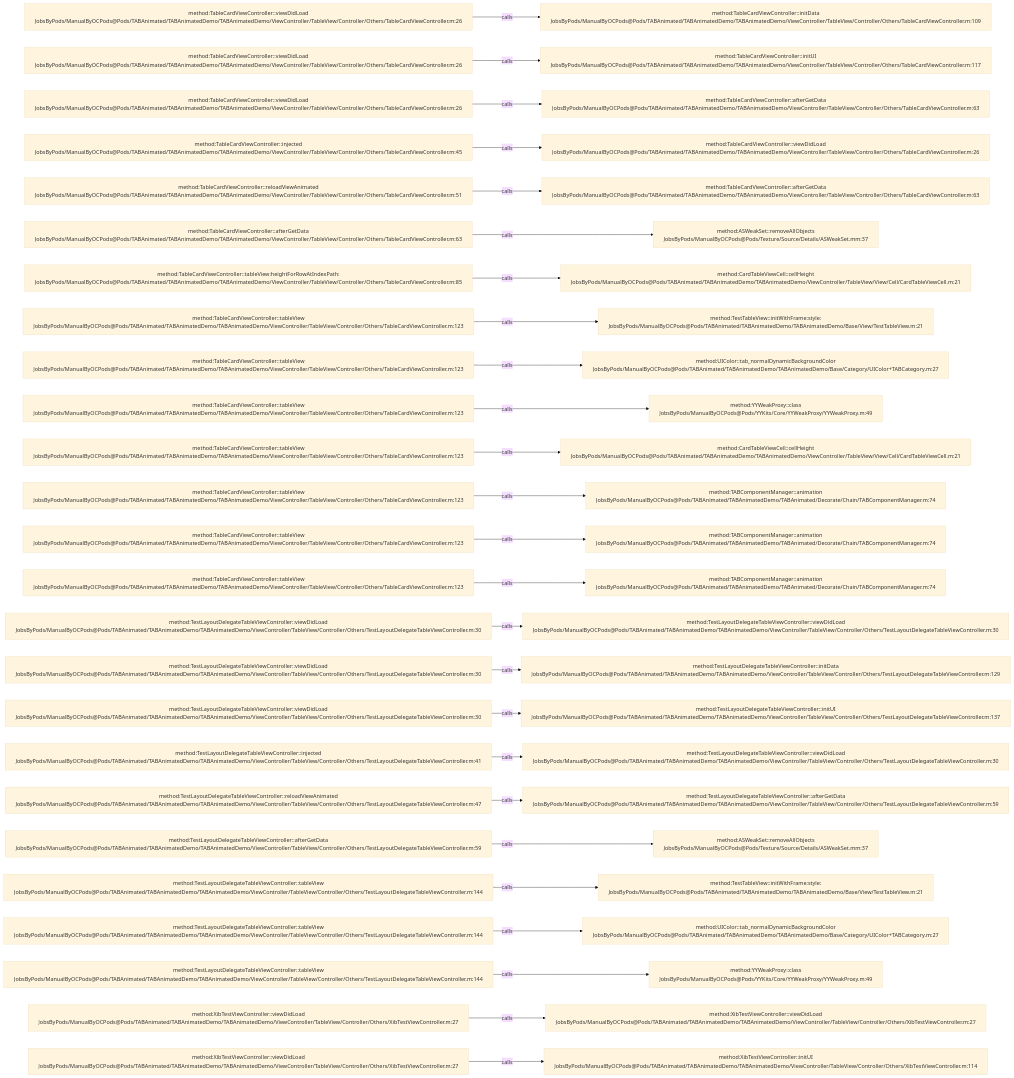
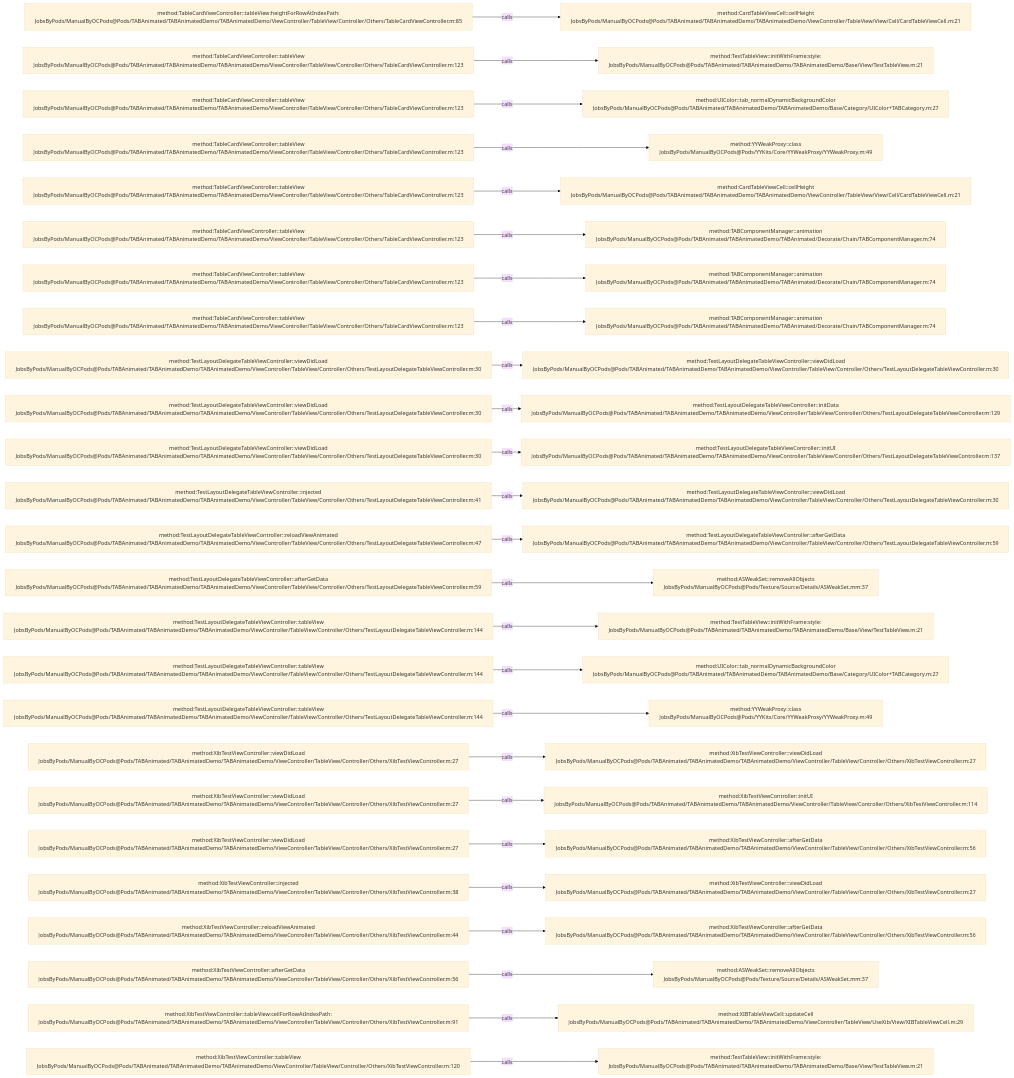
One commit to JobsKits/JobsOCBaseConfigDemo changed the diagram in .codegraph/codegraph.md/graphs/calls-051.md. Above: the diagram before and after it, drawn with Mermaid (base theme). The commit also changed 666 other files, not shown here.

````diff
--- a/.codegraph/codegraph.md/graphs/calls-051.md
+++ b/.codegraph/codegraph.md/graphs/calls-051.md
@@ -13,78 +13,78 @@
 ```mermaid
 flowchart LR
-  S1["method:TableCardViewController::viewDidLoad<br/>JobsByPods/ManualByOCPods@Pods/TABAnimated/TABAnimatedDemo/TABAnimatedDemo/ViewController/TableView/Controller/Others/TableCardViewController.m:26"]
-  T1["method:TableCardViewController::initData<br/>JobsByPods/ManualByOCPods@Pods/TABAnimated/TABAnimatedDemo/TABAnimatedDemo/ViewController/TableView/Controller/Others/TableCardViewController.m:109"]
+  S1["method:TableCardViewController::tableView:heightForRowAtIndexPath:<br/>JobsByPods/ManualByOCPods@Pods/TABAnimated/TABAnimatedDemo/TABAnimatedDemo/ViewController/TableView/Controller/Others/TableCardViewController.m:85"]
+  T1["method:CardTableViewCell::cellHeight<br/>JobsByPods/ManualByOCPods@Pods/TABAnimated/TABAnimatedDemo/TABAnimatedDemo/ViewController/TableView/View/Cell/CardTableViewCell.m:21"]
   S1 -->|calls| T1
-  S2["method:TableCardViewController::viewDidLoad<br/>JobsByPods/ManualByOCPods@Pods/TABAnimated/TABAnimatedDemo/TABAnimatedDemo/ViewController/TableView/Controller/Others/TableCardViewController.m:26"]
-  T2["method:TableCardViewController::initUI<br/>JobsByPods/ManualByOCPods@Pods/TABAnimated/TABAnimatedDemo/TABAnimatedDemo/ViewController/TableView/Controller/Others/TableCardViewController.m:117"]
+  S2["method:TableCardViewController::tableView<br/>JobsByPods/ManualByOCPods@Pods/TABAnimated/TABAnimatedDemo/TABAnimatedDemo/ViewController/TableView/Controller/Others/TableCardViewController.m:123"]
+  T2["method:TestTableView::initWithFrame:style:<br/>JobsByPods/ManualByOCPods@Pods/TABAnimated/TABAnimatedDemo/TABAnimatedDemo/Base/View/TestTableView.m:21"]
   S2 -->|calls| T2
-  S3["method:TableCardViewController::viewDidLoad<br/>JobsByPods/ManualByOCPods@Pods/TABAnimated/TABAnimatedDemo/TABAnimatedDemo/ViewController/TableView/Controller/Others/TableCardViewController.m:26"]
-  T3["method:TableCardViewController::afterGetData<br/>JobsByPods/ManualByOCPods@Pods/TABAnimated/TABAnimatedDemo/TABAnimatedDemo/ViewController/TableView/Controller/Others/TableCardViewController.m:63"]
+  S3["method:TableCardViewController::tableView<br/>JobsByPods/ManualByOCPods@Pods/TABAnimated/TABAnimatedDemo/TABAnimatedDemo/ViewController/TableView/Controller/Others/TableCardViewController.m:123"]
+  T3["method:UIColor::tab_normalDynamicBackgroundColor<br/>JobsByPods/ManualByOCPods@Pods/TABAnimated/TABAnimatedDemo/TABAnimatedDemo/Base/Category/UIColor+TABCategory.m:27"]
   S3 -->|calls| T3
-  S4["method:TableCardViewController::injected<br/>JobsByPods/ManualByOCPods@Pods/TABAnimated/TABAnimatedDemo/TABAnimatedDemo/ViewController/TableView/Controller/Others/TableCardViewController.m:45"]
-  T4["method:TableCardViewController::viewDidLoad<br/>JobsByPods/ManualByOCPods@Pods/TABAnimated/TABAnimatedDemo/TABAnimatedDemo/ViewController/TableView/Controller/Others/TableCardViewController.m:26"]
+  S4["method:TableCardViewController::tableView<br/>JobsByPods/ManualByOCPods@Pods/TABAnimated/TABAnimatedDemo/TABAnimatedDemo/ViewController/TableView/Controller/Others/TableCardViewController.m:123"]
+  T4["method:YYWeakProxy::class<br/>JobsByPods/ManualByOCPods@Pods/YYKits/Core/YYWeakProxy/YYWeakProxy.m:49"]
   S4 -->|calls| T4
-  S5["method:TableCardViewController::reloadViewAnimated<br/>JobsByPods/ManualByOCPods@Pods/TABAnimated/TABAnimatedDemo/TABAnimatedDemo/ViewController/TableView/Controller/Others/TableCardViewController.m:51"]
-  T5["method:TableCardViewController::afterGetData<br/>JobsByPods/ManualByOCPods@Pods/TABAnimated/TABAnimatedDemo/TABAnimatedDemo/ViewController/TableView/Controller/Others/TableCardViewController.m:63"]
+  S5["method:TableCardViewController::tableView<br/>JobsByPods/ManualByOCPods@Pods/TABAnimated/TABAnimatedDemo/TABAnimatedDemo/ViewController/TableView/Controller/Others/TableCardViewController.m:123"]
+  T5["method:CardTableViewCell::cellHeight<br/>JobsByPods/ManualByOCPods@Pods/TABAnimated/TABAnimatedDemo/TABAnimatedDemo/ViewController/TableView/View/Cell/CardTableViewCell.m:21"]
   S5 -->|calls| T5
-  S6["method:TableCardViewController::afterGetData<br/>JobsByPods/ManualByOCPods@Pods/TABAnimated/TABAnimatedDemo/TABAnimatedDemo/ViewController/TableView/Controller/Others/TableCardViewController.m:63"]
-  T6["method:ASWeakSet::removeAllObjects<br/>JobsByPods/ManualByOCPods@Pods/Texture/Source/Details/ASWeakSet.mm:37"]
+  S6["method:TableCardViewController::tableView<br/>JobsByPods/ManualByOCPods@Pods/TABAnimated/TABAnimatedDemo/TABAnimatedDemo/ViewController/TableView/Controller/Others/TableCardViewController.m:123"]
+  T6["method:TABComponentManager::animation<br/>JobsByPods/ManualByOCPods@Pods/TABAnimated/TABAnimatedDemo/TABAnimated/Decorate/Chain/TABComponentManager.m:74"]
   S6 -->|calls| T6
-  S7["method:TableCardViewController::tableView:heightForRowAtIndexPath:<br/>JobsByPods/ManualByOCPods@Pods/TABAnimated/TABAnimatedDemo/TABAnimatedDemo/ViewController/TableView/Controller/Others/TableCardViewController.m:85"]
-  T7["method:CardTableViewCell::cellHeight<br/>JobsByPods/ManualByOCPods@Pods/TABAnimated/TABAnimatedDemo/TABAnimatedDemo/ViewController/TableView/View/Cell/CardTableViewCell.m:21"]
+  S7["method:TableCardViewController::tableView<br/>JobsByPods/ManualByOCPods@Pods/TABAnimated/TABAnimatedDemo/TABAnimatedDemo/ViewController/TableView/Controller/Others/TableCardViewController.m:123"]
+  T7["method:TABComponentManager::animation<br/>JobsByPods/ManualByOCPods@Pods/TABAnimated/TABAnimatedDemo/TABAnimated/Decorate/Chain/TABComponentManager.m:74"]
   S7 -->|calls| T7
   S8["method:TableCardViewController::tableView<br/>JobsByPods/ManualByOCPods@Pods/TABAnimated/TABAnimatedDemo/TABAnimatedDemo/ViewController/TableView/Controller/Others/TableCardViewController.m:123"]
-  T8["method:TestTableView::initWithFrame:style:<br/>JobsByPods/ManualByOCPods@Pods/TABAnimated/TABAnimatedDemo/TABAnimatedDemo/Base/View/TestTableView.m:21"]
+  T8["method:TABComponentManager::animation<br/>JobsByPods/ManualByOCPods@Pods/TABAnimated/TABAnimatedDemo/TABAnimated/Decorate/Chain/TABComponentManager.m:74"]
   S8 -->|calls| T8
-  S9["method:TableCardViewController::tableView<br/>JobsByPods/ManualByOCPods@Pods/TABAnimated/TABAnimatedDemo/TABAnimatedDemo/ViewController/TableView/Controller/Others/TableCardViewController.m:123"]
-  T9["method:UIColor::tab_normalDynamicBackgroundColor<br/>JobsByPods/ManualByOCPods@Pods/TABAnimated/TABAnimatedDemo/TABAnimatedDemo/Base/Category/UIColor+TABCategory.m:27"]
+  S9["method:TestLayoutDelegateTableViewController::viewDidLoad<br/>JobsByPods/ManualByOCPods@Pods/TABAnimated/TABAnimatedDemo/TABAnimatedDemo/ViewController/TableView/Controller/Others/TestLayoutDelegateTableViewController.m:30"]
+  T9["method:TestLayoutDelegateTableViewController::viewDidLoad<br/>JobsByPods/ManualByOCPods@Pods/TABAnimated/TABAnimatedDemo/TABAnimatedDemo/ViewController/TableView/Controller/Others/TestLayoutDelegateTableViewController.m:30"]
   S9 -->|calls| T9
-  S10["method:TableCardViewController::tableView<br/>JobsByPods/ManualByOCPods@Pods/TABAnimated/TABAnimatedDemo/TABAnimatedDemo/ViewController/TableView/Controller/Others/TableCardViewController.m:123"]
-  T10["method:YYWeakProxy::class<br/>JobsByPods/ManualByOCPods@Pods/YYKits/Core/YYWeakProxy/YYWeakProxy.m:49"]
+  S10["method:TestLayoutDelegateTableViewController::viewDidLoad<br/>JobsByPods/ManualByOCPods@Pods/TABAnimated/TABAnimatedDemo/TABAnimatedDemo/ViewController/TableView/Controller/Others/TestLayoutDelegateTableViewController.m:30"]
+  T10["method:TestLayoutDelegateTableViewController::initData<br/>JobsByPods/ManualByOCPods@Pods/TABAnimated/TABAnimatedDemo/TABAnimatedDemo/ViewController/TableView/Controller/Others/TestLayoutDelegateTableViewController.m:129"]
   S10 -->|calls| T10
-  S11["method:TableCardViewController::tableView<br/>JobsByPods/ManualByOCPods@Pods/TABAnimated/TABAnimatedDemo/TABAnimatedDemo/ViewController/TableView/Controller/Others/TableCardViewController.m:123"]
-  T11["method:CardTableViewCell::cellHeight<br/>JobsByPods/ManualByOCPods@Pods/TABAnimated/TABAnimatedDemo/TABAnimatedDemo/ViewController/TableView/View/Cell/CardTableViewCell.m:21"]
+  S11["method:TestLayoutDelegateTableViewController::viewDidLoad<br/>JobsByPods/ManualByOCPods@Pods/TABAnimated/TABAnimatedDemo/TABAnimatedDemo/ViewController/TableView/Controller/Others/TestLayoutDelegateTableViewController.m:30"]
+  T11["method:TestLayoutDelegateTableViewController::initUI<br/>JobsByPods/ManualByOCPods@Pods/TABAnimated/TABAnimatedDemo/TABAnimatedDemo/ViewController/TableView/Controller/Others/TestLayoutDelegateTableViewController.m:137"]
   S11 -->|calls| T11
-  S12["method:TableCardViewController::tableView<br/>JobsByPods/ManualByOCPods@Pods/TABAnimated/TABAnimatedDemo/TABAnimatedDemo/ViewController/TableView/Controller/Others/TableCardViewController.m:123"]
-  T12["method:TABComponentManager::animation<br/>JobsByPods/ManualByOCPods@Pods/TABAnimated/TABAnimatedDemo/TABAnimated/Decorate/Chain/TABComponentManager.m:74"]
+  S12["method:TestLayoutDelegateTableViewController::injected<br/>JobsByPods/ManualByOCPods@Pods/TABAnimated/TABAnimatedDemo/TABAnimatedDemo/ViewController/TableView/Controller/Others/TestLayoutDelegateTableViewController.m:41"]
+  T12["method:TestLayoutDelegateTableViewController::viewDidLoad<br/>JobsByPods/ManualByOCPods@Pods/TABAnimated/TABAnimatedDemo/TABAnimatedDemo/ViewController/TableView/Controller/Others/TestLayoutDelegateTableViewController.m:30"]
   S12 -->|calls| T12
-  S13["method:TableCardViewController::tableView<br/>JobsByPods/ManualByOCPods@Pods/TABAnimated/TABAnimatedDemo/TABAnimatedDemo/ViewController/TableView/Controller/Others/TableCardViewController.m:123"]
-  T13["method:TABComponentManager::animation<br/>JobsByPods/ManualByOCPods@Pods/TABAnimated/TABAnimatedDemo/TABAnimated/Decorate/Chain/TABComponentManager.m:74"]
+  S13["method:TestLayoutDelegateTableViewController::reloadViewAnimated<br/>JobsByPods/ManualByOCPods@Pods/TABAnimated/TABAnimatedDemo/TABAnimatedDemo/ViewController/TableView/Controller/Others/TestLayoutDelegateTableViewController.m:47"]
+  T13["method:TestLayoutDelegateTableViewController::afterGetData<br/>JobsByPods/ManualByOCPods@Pods/TABAnimated/TABAnimatedDemo/TABAnimatedDemo/ViewController/TableView/Controller/Others/TestLayoutDelegateTableViewController.m:59"]
   S13 -->|calls| T13
-  S14["method:TableCardViewController::tableView<br/>JobsByPods/ManualByOCPods@Pods/TABAnimated/TABAnimatedDemo/TABAnimatedDemo/ViewController/TableView/Controller/Others/TableCardViewController.m:123"]
-  T14["method:TABComponentManager::animation<br/>JobsByPods/ManualByOCPods@Pods/TABAnimated/TABAnimatedDemo/TABAnimated/Decorate/Chain/TABComponentManager.m:74"]
+  S14["method:TestLayoutDelegateTableViewController::afterGetData<br/>JobsByPods/ManualByOCPods@Pods/TABAnimated/TABAnimatedDemo/TABAnimatedDemo/ViewController/TableView/Controller/Others/TestLayoutDelegateTableViewController.m:59"]
+  T14["method:ASWeakSet::removeAllObjects<br/>JobsByPods/ManualByOCPods@Pods/Texture/Source/Details/ASWeakSet.mm:37"]
   S14 -->|calls| T14
-  S15["method:TestLayoutDelegateTableViewController::viewDidLoad<br/>JobsByPods/ManualByOCPods@Pods/TABAnimated/TABAnimatedDemo/TABAnimatedDemo/ViewController/TableView/Controller/Others/TestLayoutDelegateTableViewController.m:30"]
-  T15["method:TestLayoutDelegateTableViewController::viewDidLoad<br/>JobsByPods/ManualByOCPods@Pods/TABAnimated/TABAnimatedDemo/TABAnimatedDemo/ViewController/TableView/Controller/Others/TestLayoutDelegateTableViewController.m:30"]
+  S15["method:TestLayoutDelegateTableViewController::tableView<br/>JobsByPods/ManualByOCPods@Pods/TABAnimated/TABAnimatedDemo/TABAnimatedDemo/ViewController/TableView/Controller/Others/TestLayoutDelegateTableViewController.m:144"]
+  T15["method:TestTableView::initWithFrame:style:<br/>JobsByPods/ManualByOCPods@Pods/TABAnimated/TABAnimatedDemo/TABAnimatedDemo/Base/View/TestTableView.m:21"]
   S15 -->|calls| T15
-  S16["method:TestLayoutDelegateTableViewController::viewDidLoad<br/>JobsByPods/ManualByOCPods@Pods/TABAnimated/TABAnimatedDemo/TABAnimatedDemo/ViewController/TableView/Controller/Others/TestLayoutDelegateTableViewController.m:30"]
-  T16["method:TestLayoutDelegateTableViewController::initData<br/>JobsByPods/ManualByOCPods@Pods/TABAnimated/TABAnimatedDemo/TABAnimatedDemo/ViewController/TableView/Controller/Others/TestLayoutDelegateTableViewController.m:129"]
+  S16["method:TestLayoutDelegateTableViewController::tableView<br/>JobsByPods/ManualByOCPods@Pods/TABAnimated/TABAnimatedDemo/TABAnimatedDemo/ViewController/TableView/Controller/Others/TestLayoutDelegateTableViewController.m:144"]
+  T16["method:UIColor::tab_normalDynamicBackgroundColor<br/>JobsByPods/ManualByOCPods@Pods/TABAnimated/TABAnimatedDemo/TABAnimatedDemo/Base/Category/UIColor+TABCategory.m:27"]
   S16 -->|calls| T16
-  S17["method:TestLayoutDelegateTableViewController::viewDidLoad<br/>JobsByPods/ManualByOCPods@Pods/TABAnimated/TABAnimatedDemo/TABAnimatedDemo/ViewController/TableView/Controller/Others/TestLayoutDelegateTableViewController.m:30"]
-  T17["method:TestLayoutDelegateTableViewController::initUI<br/>JobsByPods/ManualByOCPods@Pods/TABAnimated/TABAnimatedDemo/TABAnimatedDemo/ViewController/TableView/Controller/Others/TestLayoutDelegateTableViewController.m:137"]
+  S17["method:TestLayoutDelegateTableViewController::tableView<br/>JobsByPods/ManualByOCPods@Pods/TABAnimated/TABAnimatedDemo/TABAnimatedDemo/ViewController/TableView/Controller/Others/TestLayoutDelegateTableViewController.m:144"]
+  T17["method:YYWeakProxy::class<br/>JobsByPods/ManualByOCPods@Pods/YYKits/Core/YYWeakProxy/YYWeakProxy.m:49"]
   S17 -->|calls| T17
-  S18["method:TestLayoutDelegateTableViewController::injected<br/>JobsByPods/ManualByOCPods@Pods/TABAnimated/TABAnimatedDemo/TABAnimatedDemo/ViewController/TableView/Controller/Others/TestLayoutDelegateTableViewController.m:41"]
-  T18["method:TestLayoutDelegateTableViewController::viewDidLoad<br/>JobsByPods/ManualByOCPods@Pods/TABAnimated/TABAnimatedDemo/TABAnimatedDemo/ViewController/TableView/Controller/Others/TestLayoutDelegateTableViewController.m:30"]
+  S18["method:XibTestViewController::viewDidLoad<br/>JobsByPods/ManualByOCPods@Pods/TABAnimated/TABAnimatedDemo/TABAnimatedDemo/ViewController/TableView/Controller/Others/XibTestViewController.m:27"]
+  T18["method:XibTestViewController::viewDidLoad<br/>JobsByPods/ManualByOCPods@Pods/TABAnimated/TABAnimatedDemo/TABAnimatedDemo/ViewController/TableView/Controller/Others/XibTestViewController.m:27"]
   S18 -->|calls| T18
-  S19["method:TestLayoutDelegateTableViewController::reloadViewAnimated<br/>JobsByPods/ManualByOCPods@Pods/TABAnimated/TABAnimatedDemo/TABAnimatedDemo/ViewController/TableView/Controller/Others/TestLayoutDelegateTableViewController.m:47"]
-  T19["method:TestLayoutDelegateTableViewController::afterGetData<br/>JobsByPods/ManualByOCPods@Pods/TABAnimated/TABAnimatedDemo/TABAnimatedDemo/ViewController/TableView/Controller/Others/TestLayoutDelegateTableViewController.m:59"]
+  S19["method:XibTestViewController::viewDidLoad<br/>JobsByPods/ManualByOCPods@Pods/TABAnimated/TABAnimatedDemo/TABAnimatedDemo/ViewController/TableView/Controller/Others/XibTestViewController.m:27"]
+  T19["method:XibTestViewController::initUI<br/>JobsByPods/ManualByOCPods@Pods/TABAnimated/TABAnimatedDemo/TABAnimatedDemo/ViewController/TableView/Controller/Others/XibTestViewController.m:114"]
   S19 -->|calls| T19
-  S20["method:TestLayoutDelegateTableViewController::afterGetData<br/>JobsByPods/ManualByOCPods@Pods/TABAnimated/TABAnimatedDemo/TABAnimatedDemo/ViewController/TableView/Controller/Others/TestLayoutDelegateTableViewController.m:59"]
-  T20["method:ASWeakSet::removeAllObjects<br/>JobsByPods/ManualByOCPods@Pods/Texture/Source/Details/ASWeakSet.mm:37"]
+  S20["method:XibTestViewController::viewDidLoad<br/>JobsByPods/ManualByOCPods@Pods/TABAnimated/TABAnimatedDemo/TABAnimatedDemo/ViewController/TableView/Controller/Others/XibTestViewController.m:27"]
+  T20["method:XibTestViewController::afterGetData<br/>JobsByPods/ManualByOCPods@Pods/TABAnimated/TABAnimatedDemo/TABAnimatedDemo/ViewController/TableView/Controller/Others/XibTestViewController.m:56"]
   S20 -->|calls| T20
-  S21["method:TestLayoutDelegateTableViewController::tableView<br/>JobsByPods/ManualByOCPods@Pods/TABAnimated/TABAnimatedDemo/TABAnimatedDemo/ViewController/TableView/Controller/Others/TestLayoutDelegateTableViewController.m:144"]
-  T21["method:TestTableView::initWithFrame:style:<br/>JobsByPods/ManualByOCPods@Pods/TABAnimated/TABAnimatedDemo/TABAnimatedDemo/Base/View/TestTableView.m:21"]
+  S21["method:XibTestViewController::injected<br/>JobsByPods/ManualByOCPods@Pods/TABAnimated/TABAnimatedDemo/TABAnimatedDemo/ViewController/TableView/Controller/Others/XibTestViewController.m:38"]
+  T21["method:XibTestViewController::viewDidLoad<br/>JobsByPods/ManualByOCPods@Pods/TABAnimated/TABAnimatedDemo/TABAnimatedDemo/ViewController/TableView/Controller/Others/XibTestViewController.m:27"]
   S21 -->|calls| T21
-  S22["method:TestLayoutDelegateTableViewController::tableView<br/>JobsByPods/ManualByOCPods@Pods/TABAnimated/TABAnimatedDemo/TABAnimatedDemo/ViewController/TableView/Controller/Others/TestLayoutDelegateTableViewController.m:144"]
-  T22["method:UIColor::tab_normalDynamicBackgroundColor<br/>JobsByPods/ManualByOCPods@Pods/TABAnimated/TABAnimatedDemo/TABAnimatedDemo/Base/Category/UIColor+TABCategory.m:27"]
+  S22["method:XibTestViewController::reloadViewAnimated<br/>JobsByPods/ManualByOCPods@Pods/TABAnimated/TABAnimatedDemo/TABAnimatedDemo/ViewController/TableView/Controller/Others/XibTestViewController.m:44"]
+  T22["method:XibTestViewController::afterGetData<br/>JobsByPods/ManualByOCPods@Pods/TABAnimated/TABAnimatedDemo/TABAnimatedDemo/ViewController/TableView/Controller/Others/XibTestViewController.m:56"]
   S22 -->|calls| T22
-  S23["method:TestLayoutDelegateTableViewController::tableView<br/>JobsByPods/ManualByOCPods@Pods/TABAnimated/TABAnimatedDemo/TABAnimatedDemo/ViewController/TableView/Controller/Others/TestLayoutDelegateTableViewController.m:144"]
-  T23["method:YYWeakProxy::class<br/>JobsByPods/ManualByOCPods@Pods/YYKits/Core/YYWeakProxy/YYWeakProxy.m:49"]
+  S23["method:XibTestViewController::afterGetData<br/>JobsByPods/ManualByOCPods@Pods/TABAnimated/TABAnimatedDemo/TABAnimatedDemo/ViewController/TableView/Controller/Others/XibTestViewController.m:56"]
+  T23["method:ASWeakSet::removeAllObjects<br/>JobsByPods/ManualByOCPods@Pods/Texture/Source/Details/ASWeakSet.mm:37"]
   S23 -->|calls| T23
-  S24["method:XibTestViewController::viewDidLoad<br/>JobsByPods/ManualByOCPods@Pods/TABAnimated/TABAnimatedDemo/TABAnimatedDemo/ViewController/TableView/Controller/Others/XibTestViewController.m:27"]
-  T24["method:XibTestViewController::viewDidLoad<br/>JobsByPods/ManualByOCPods@Pods/TABAnimated/TABAnimatedDemo/TABAnimatedDemo/ViewController/TableView/Controller/Others/XibTestViewController.m:27"]
+  S24["method:XibTestViewController::tableView:cellForRowAtIndexPath:<br/>JobsByPods/ManualByOCPods@Pods/TABAnimated/TABAnimatedDemo/TABAnimatedDemo/ViewController/TableView/Controller/Others/XibTestViewController.m:91"]
+  T24["method:XIBTableViewCell::updateCell<br/>JobsByPods/ManualByOCPods@Pods/TABAnimated/TABAnimatedDemo/TABAnimatedDemo/ViewController/TableView/UseXib/View/XIBTableViewCell.m:29"]
   S24 -->|calls| T24
-  S25["method:XibTestViewController::viewDidLoad<br/>JobsByPods/ManualByOCPods@Pods/TABAnimated/TABAnimatedDemo/TABAnimatedDemo/ViewController/TableView/Controller/Others/XibTestViewController.m:27"]
-  T25["method:XibTestViewController::initUI<br/>JobsByPods/ManualByOCPods@Pods/TABAnimated/TABAnimatedDemo/TABAnimatedDemo/ViewController/TableView/Controller/Others/XibTestViewController.m:114"]
+  S25["method:XibTestViewController::tableView<br/>JobsByPods/ManualByOCPods@Pods/TABAnimated/TABAnimatedDemo/TABAnimatedDemo/ViewController/TableView/Controller/Others/XibTestViewController.m:120"]
+  T25["method:TestTableView::initWithFrame:style:<br/>JobsByPods/ManualByOCPods@Pods/TABAnimated/TABAnimatedDemo/TABAnimatedDemo/Base/View/TestTableView.m:21"]
   S25 -->|calls| T25
 ```
````
